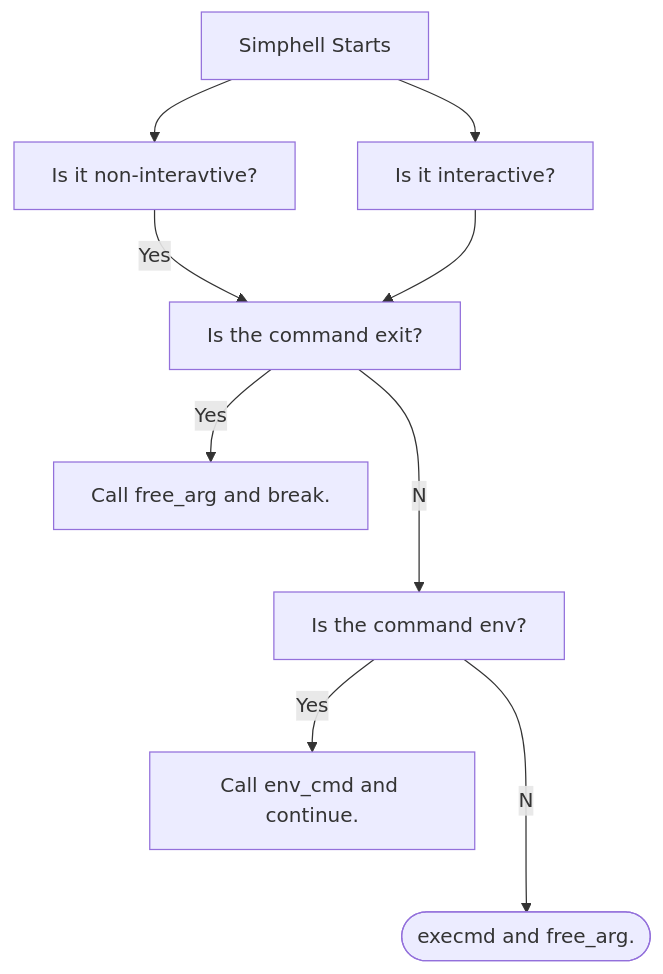
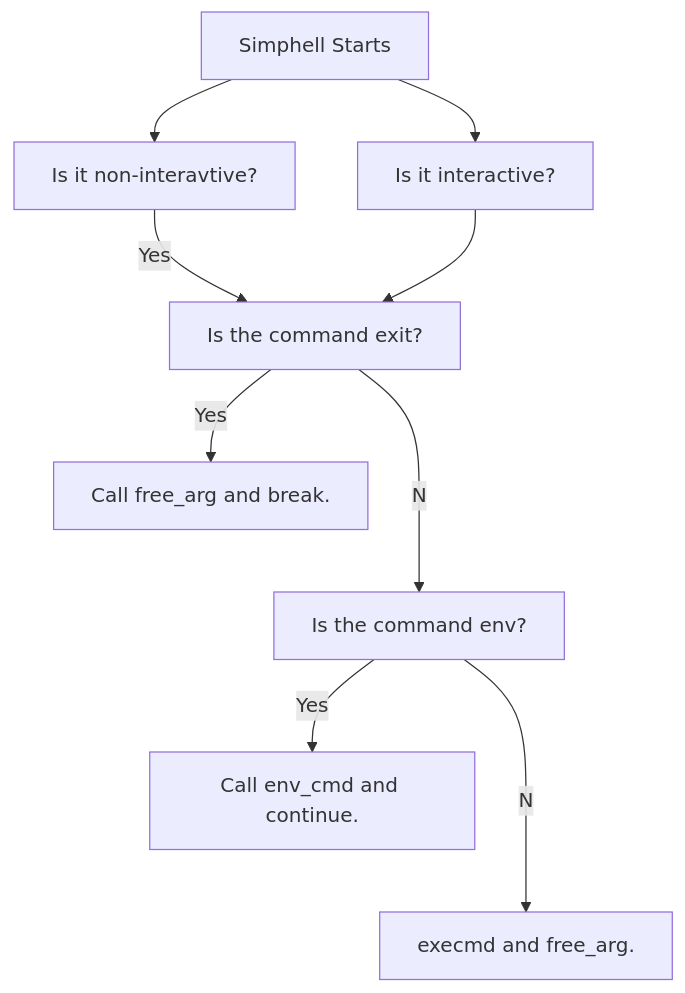
Before and after one commit to LeeWest89/MySuperRepo: the diagram in README.md, drawn with Mermaid.

````diff
--- a/README.md
+++ b/README.md
@@ -2,11 +2,11 @@
 ```mermaid
 flowchart TD;
   A[Simphell Starts]-->B[Is it interactive?];
   A-->C[Is it non-interavtive?];
   C--Yes-->D[Is the command exit?];
   D--Yes-->E[Call free_arg and break.];
   D--No-->F[Is the command env?];
   F--Yes-->G[Call env_cmd and continue.];
-  F--No-->H([execmd and free_arg.]);
+  F--No-->H["execmd and free_arg."];
   B-->D
 ```
````
